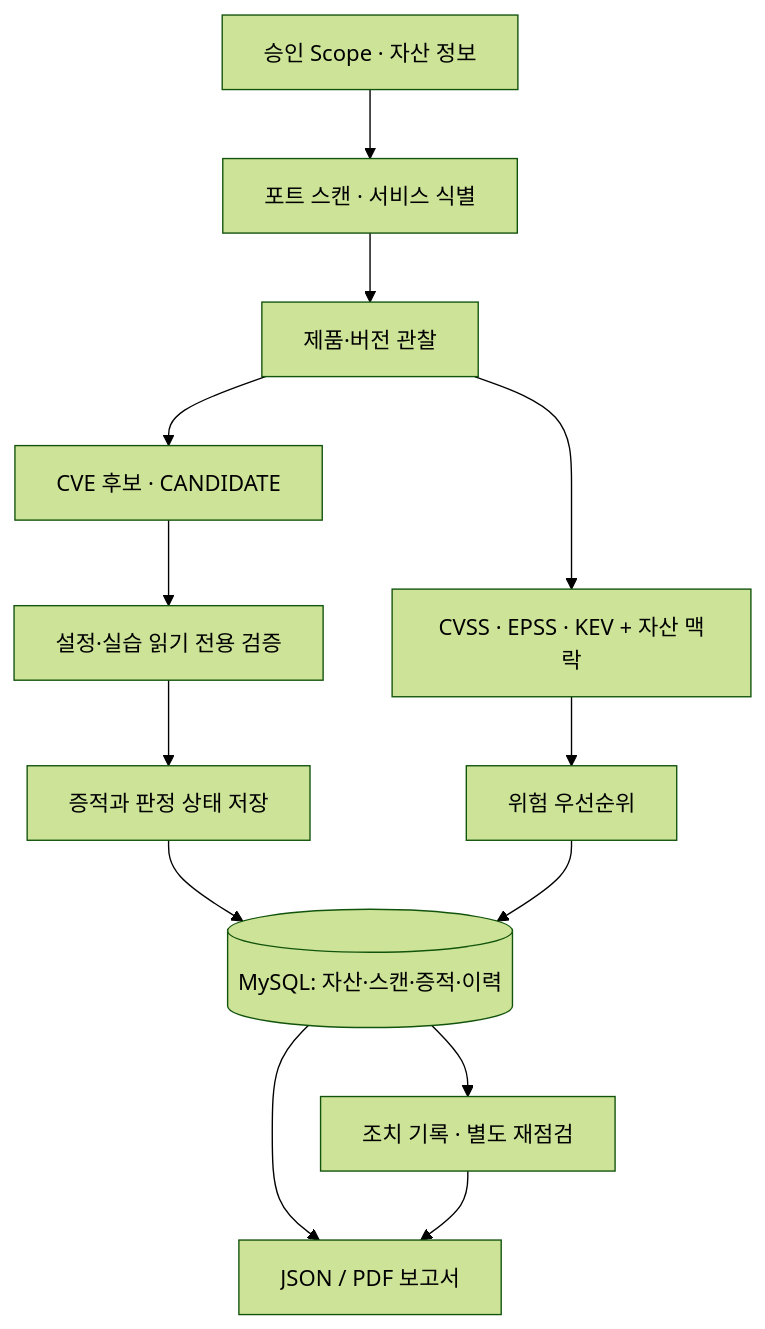
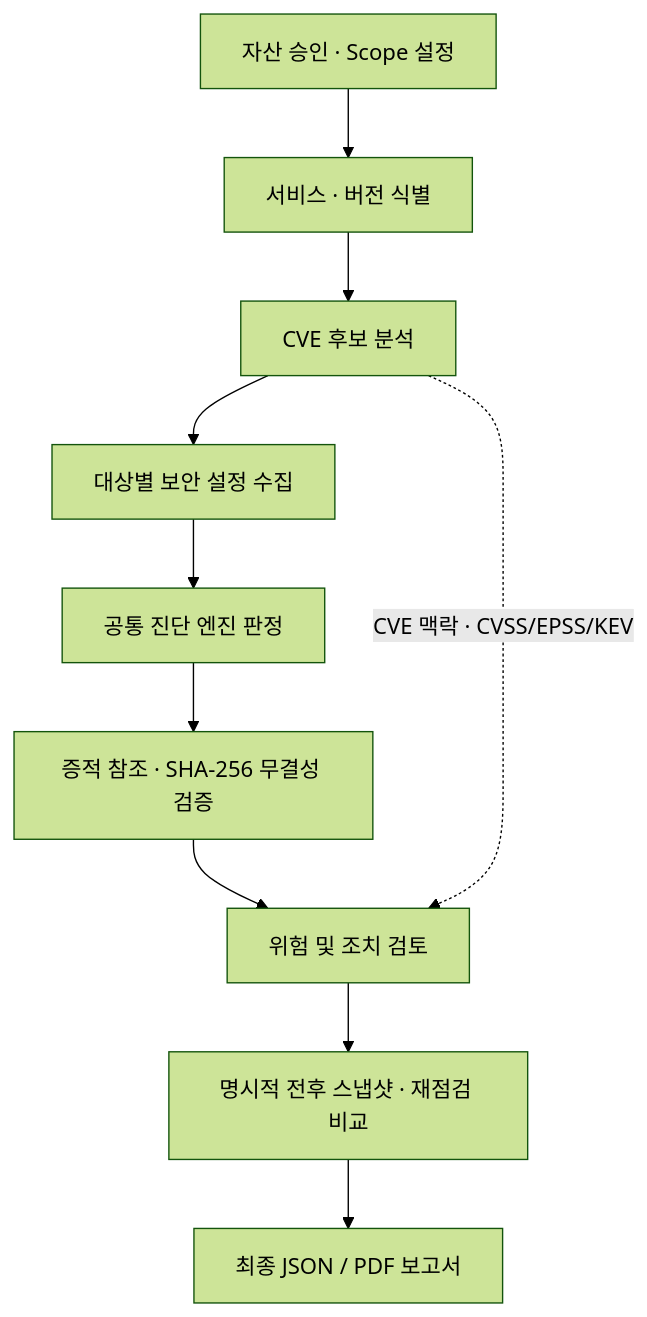
One commit to LEESJ7934/infrastructure-security-scanner changed the diagram in README.md. Above: the diagram before and after it, drawn with Mermaid (forest theme). The commit also changed other lines of this file and 9 other files, not shown here.

````diff
--- a/README.md
+++ b/README.md
@@ -15,15 +13,12 @@
 ```mermaid
-flowchart TB
-    A["승인 Scope · 자산 정보"] --> B["포트 스캔 · 서비스 식별"]
-    B --> C["제품·버전 관찰"]
-    C --> D["CVE 후보 · CANDIDATE"]
-    D --> E["설정·실습 읽기 전용 검증"]
-    E --> F["증적과 판정 상태 저장"]
-    C --> G["CVSS · EPSS · KEV + 자산 맥락"]
-    G --> H["위험 우선순위"]
-    F --> I[("MySQL: 자산·스캔·증적·이력")]
-    H --> I
-    I --> J["조치 기록 · 별도 재점검"]
-    I --> K["JSON / PDF 보고서"]
-    J --> K
+flowchart TD
+    A["자산 승인 · Scope 설정"] --> B["서비스 · 버전 식별"]
+    B --> C["CVE 후보 분석"]
+    C --> D["대상별 보안 설정 수집"]
+    D --> E["공통 진단 엔진 판정"]
+    E --> F["증적 참조 · SHA-256 무결성 검증"]
+    F --> G["위험 및 조치 검토"]
+    C -. "CVE 맥락 · CVSS/EPSS/KEV" .-> G
+    G --> H["명시적 전후 스냅샷 · 재점검 비교"]
+    H --> I["최종 JSON / PDF 보고서"]
 ```
````
